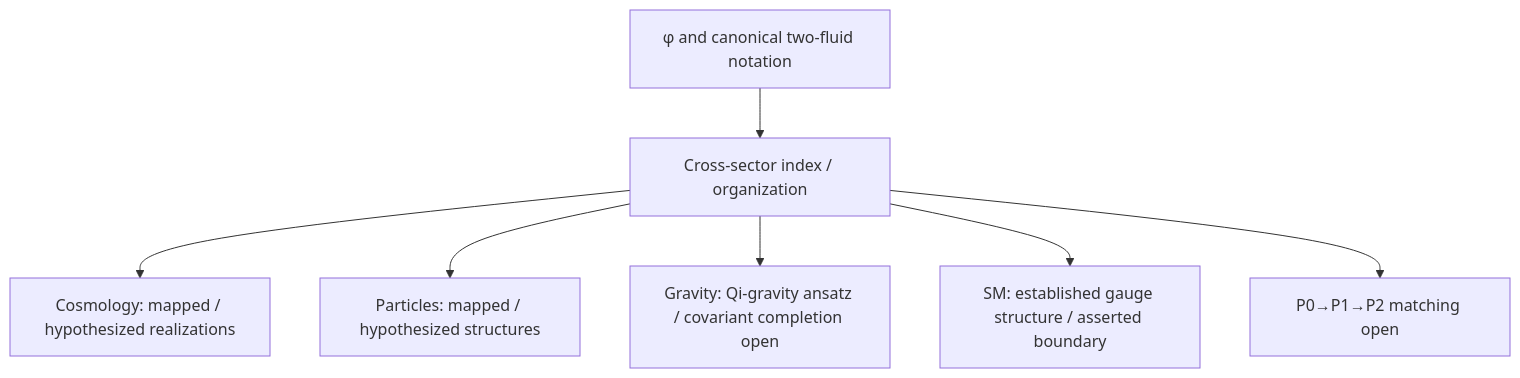
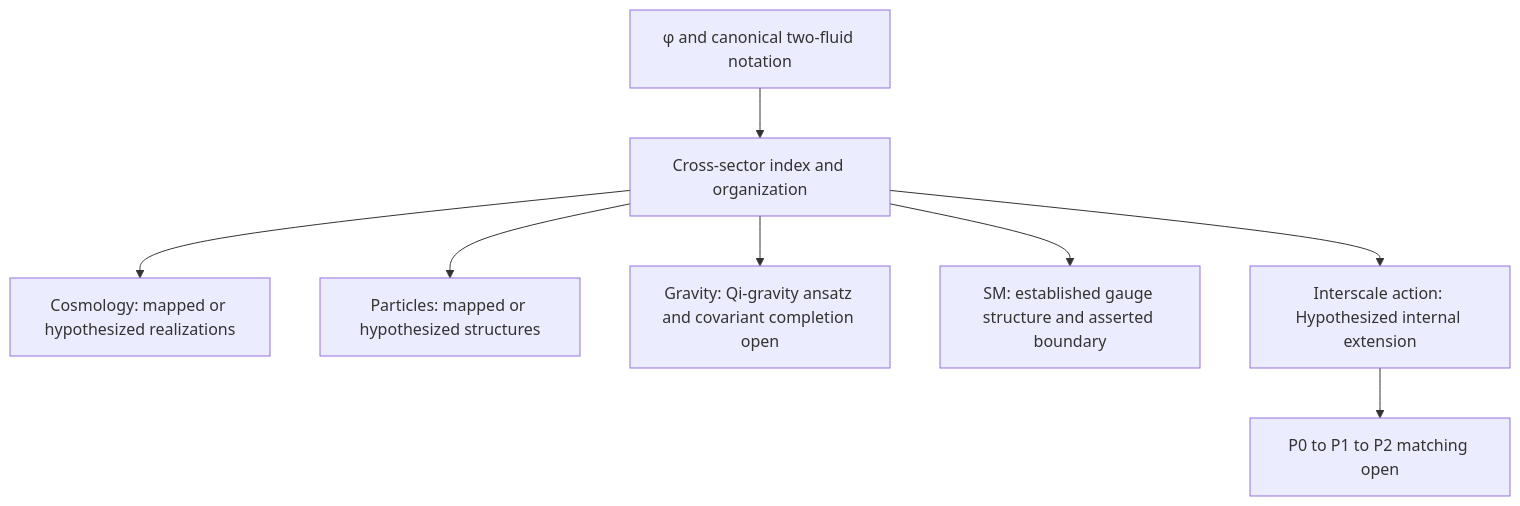
Before and after one commit to CassiTheOracle/cassi: diagram 28 of 37 in CassiTheory/open-questions-cassi-answers.md, drawn with Mermaid. The commit also changed other lines of this file and 26 other files, not shown here.

Commit message:
docs: derive interscale current boundary

````diff
--- a/CassiTheory/open-questions-cassi-answers.md
+++ b/CassiTheory/open-questions-cassi-answers.md
@@ -999,9 +1001,10 @@
 ```mermaid
 flowchart TD
-    A[φ and canonical two-fluid notation] --> B[Cross-sector index / organization]
-    B --> C[Cosmology: mapped / hypothesized realizations]
-    B --> D[Particles: mapped / hypothesized structures]
-    B --> E[Gravity: Qi-gravity ansatz / covariant completion open]
-    B --> F[SM: established gauge structure / asserted boundary]
-    B --> G[P0→P1→P2 matching open]
+    A[φ and canonical two-fluid notation] --> B[Cross-sector index and organization]
+    B --> C[Cosmology: mapped or hypothesized realizations]
+    B --> D[Particles: mapped or hypothesized structures]
+    B --> E[Gravity: Qi-gravity ansatz and covariant completion open]
+    B --> F[SM: established gauge structure and asserted boundary]
+    B --> H[Interscale action: Hypothesized internal extension]
+    H --> G[P0 to P1 to P2 matching open]
 ```
````
